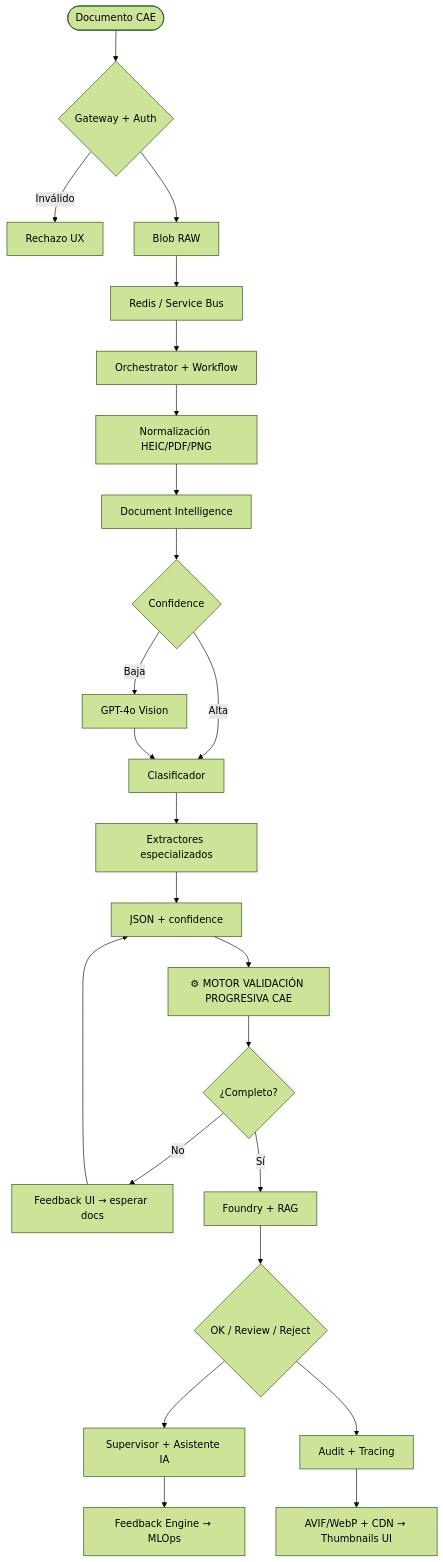
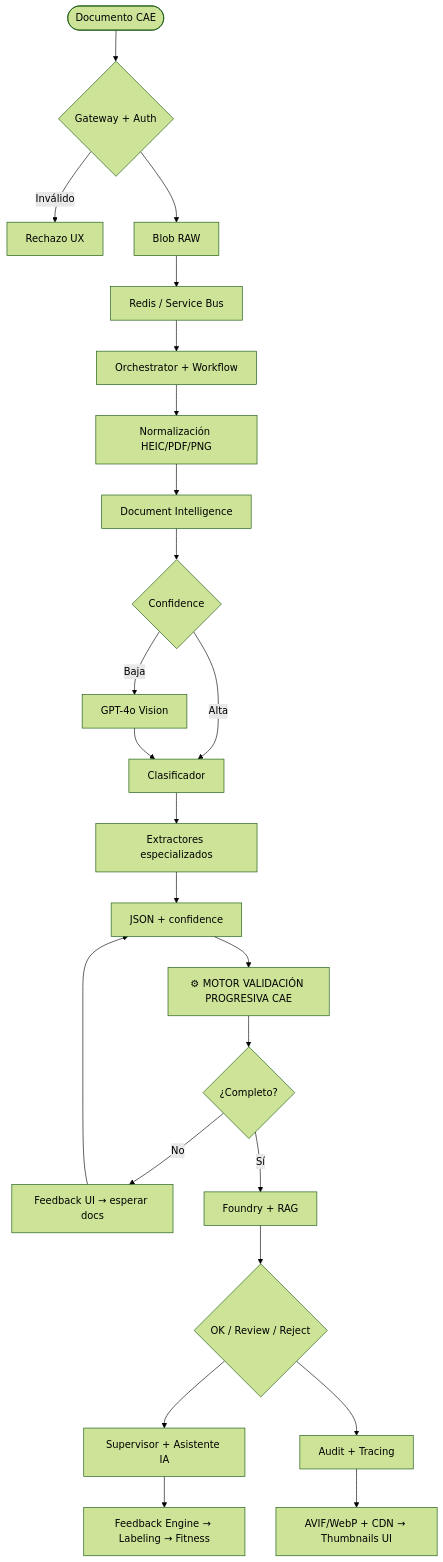
The second of 9 diagrams in caedocs/DISENO-TECNICO-v3.0.md (angelnietos/erp), drawn with Mermaid (forest theme) before and after one commit. The commit also changed other lines of this file and 9 other files, not shown here.

````diff
--- a/caedocs/DISENO-TECNICO-v3.0.md
+++ b/caedocs/DISENO-TECNICO-v3.0.md
@@ -156,25 +167,25 @@
 ```mermaid
 flowchart TD
     START(["Documento CAE"]) --> GW{"Gateway + Auth"}
     GW -->|Inválido| REJ1["Rechazo UX"]
     GW --> BLOB["Blob RAW"] --> Q["Redis / Service Bus"]
     Q --> ORCH["Orchestrator + Workflow"]
     ORCH --> NORM["Normalización HEIC/PDF/PNG"]
     NORM --> OCR["Document Intelligence"]
     OCR --> CONF{"Confidence"}
     CONF -->|Baja| VLM["GPT-4o Vision"]
     CONF -->|Alta| CLASS["Clasificador"]
     VLM --> CLASS
     CLASS --> EXT["Extractores especializados"]
     EXT --> JSON["JSON + confidence"]
     JSON --> MOTOR["⚙ MOTOR VALIDACIÓN PROGRESIVA CAE"]
     MOTOR --> LOOP{"¿Completo?"}
     LOOP -->|No| UI["Feedback UI → esperar docs"]
     UI --> JSON
     LOOP -->|Sí| FDR["Foundry + RAG"]
     FDR --> DEC{"OK / Review / Reject"}
     DEC --> SUP["Supervisor + Asistente IA"]
-    SUP --> FB["Feedback Engine → MLOps"]
+    SUP --> FB["Feedback Engine → Labeling → Fitness"]
     DEC --> AUDIT["Audit + Tracing"]
     AUDIT --> CDN["AVIF/WebP + CDN → Thumbnails UI"]
 ```
````
